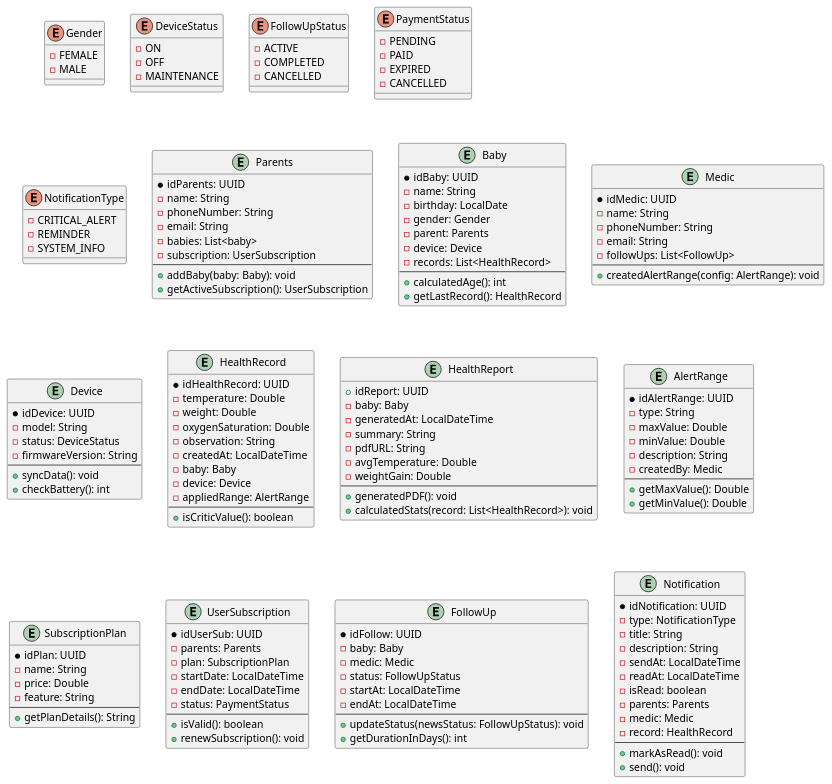
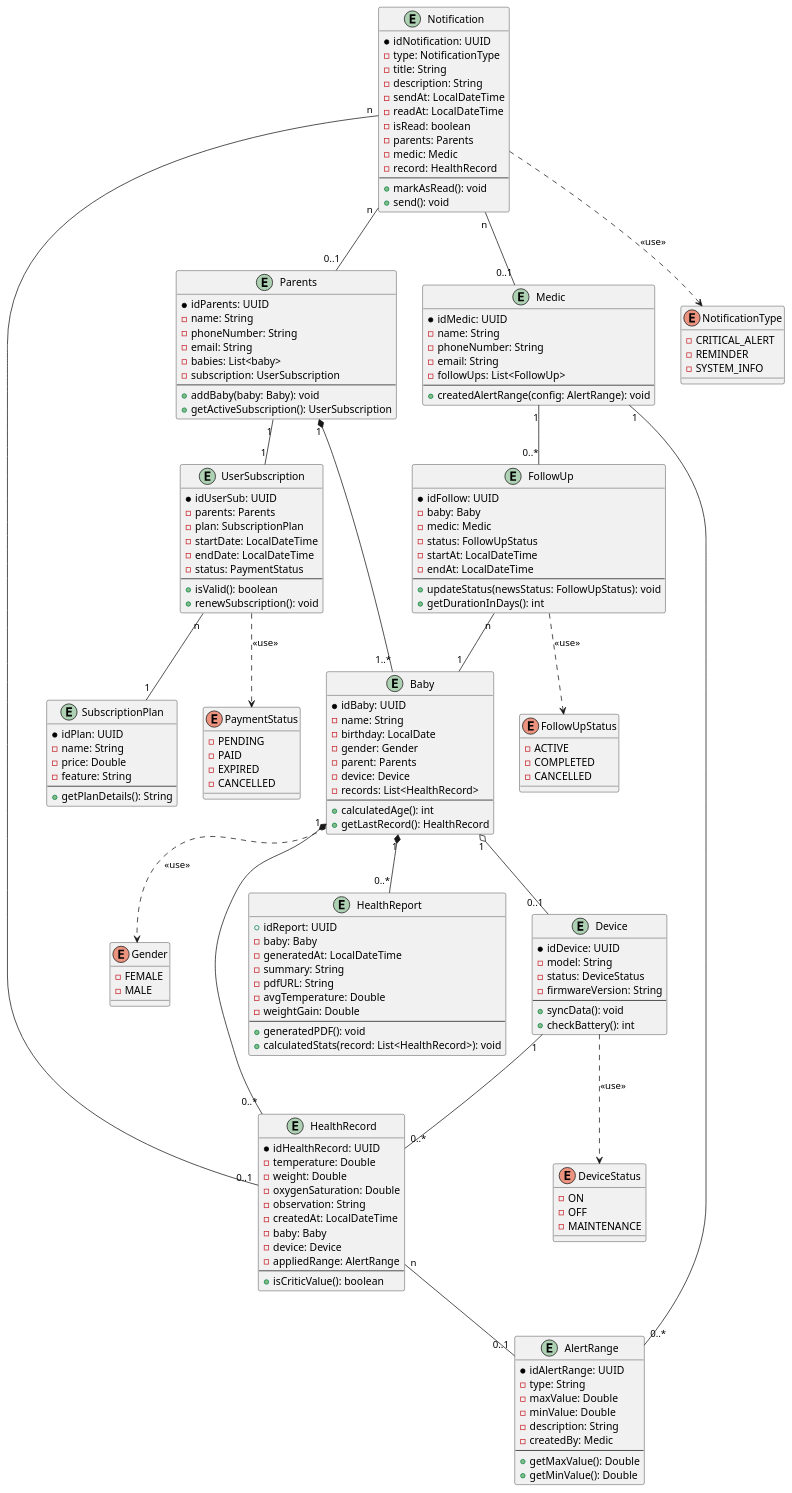
One commit to 1ASI0729-2610-12029-SIRAN-SIRAN/upc-pre-202610-1asi0729-12029-SIRAN-report changed the first of 2 diagrams in report/40-chapter-04.md. Above: the diagram before and after it, drawn with PlantUML.

Commit message:
docs: add object relationship in class diagram into chapter 04

````diff
--- a/report/40-chapter-04.md
+++ b/report/40-chapter-04.md
@@ -222,5 +222,34 @@
 + markAsRead(): void
 + send(): void
 }
+
+'//---RELATIONSHIPS---//
+
+' Relaciones de Composición (Ciclo de vida dependiente)
+Parents "1" *-- "1..*" Baby
+Baby "1" *-- "0..*" HealthRecord
+Baby "1" *-- "0..*" HealthReport
+
+' Relaciones de Asociación y Agregación
+Parents "1" -- "1" UserSubscription
+UserSubscription "n" -- "1" SubscriptionPlan
+Baby "1" o-- "0..1" Device
+Medic "1" -- "0..*" FollowUp
+FollowUp "n" -- "1" Baby
+Medic "1" -- "0..*" AlertRange
+HealthRecord "n" -- "0..1" AlertRange
+Device "1" -- "0..*" HealthRecord
+
+' Relaciones con ENUMS (Uso de tipos)
+Baby ..> Gender : <<use>>
+Device ..> DeviceStatus : <<use>>
+FollowUp ..> FollowUpStatus : <<use>>
+UserSubscription ..> PaymentStatus : <<use>>
+Notification ..> NotificationType : <<use>>
+
+' Relaciones de Notificación
+Notification "n" -- "0..1" Parents
+Notification "n" -- "0..1" Medic
+Notification "n" -- "0..1" HealthRecord
 @enduml
 ```
````
